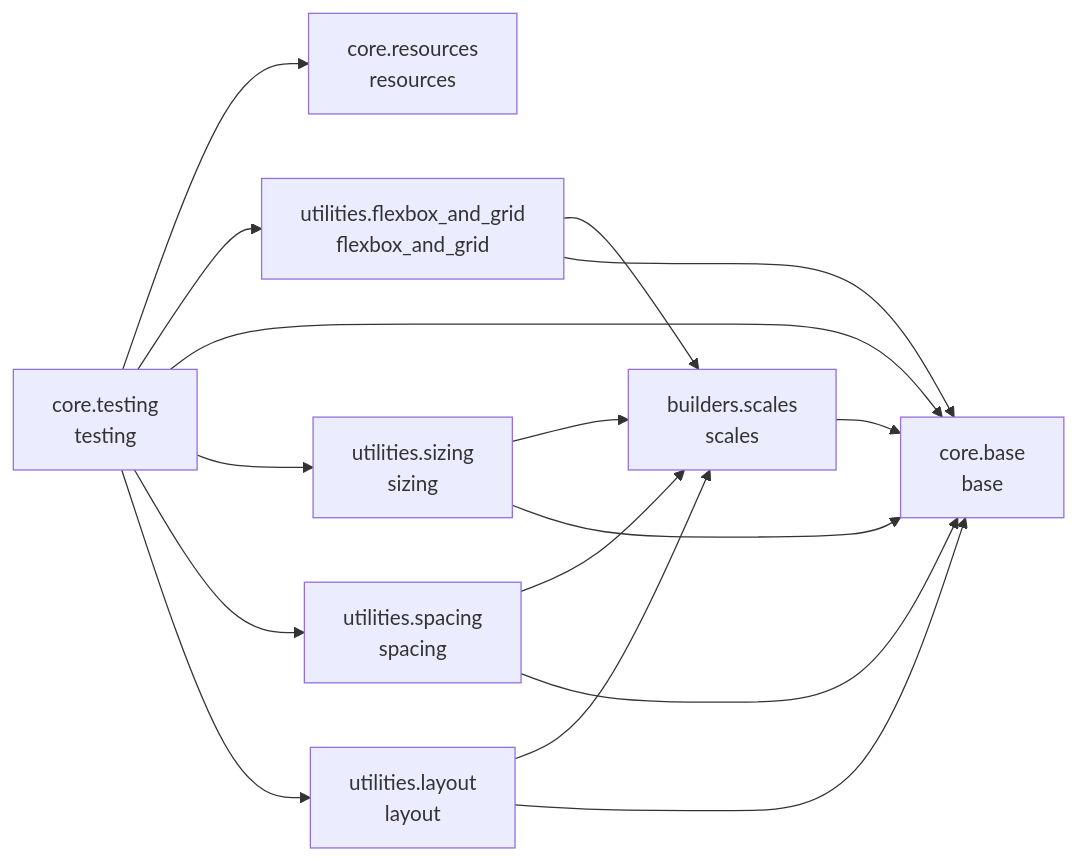
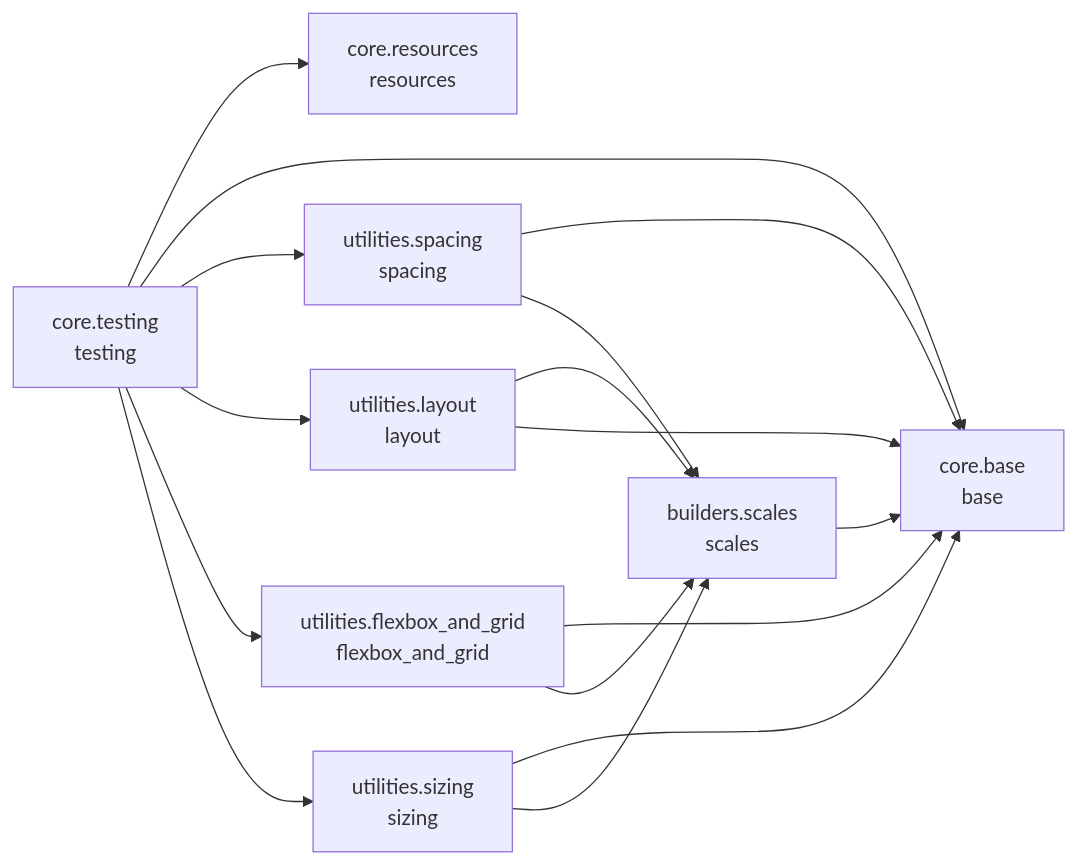
The diagram in README.md (cj-mills/cjm-fasthtml-tailwind), drawn with Mermaid before and after one commit. The commit also changed other lines of this file and 9 other files, not shown here.

````diff
--- a/README.md
+++ b/README.md
@@ -31,27 +31,27 @@
 ``` mermaid
 graph LR
     builders_scales[builders.scales<br/>scales]
     core_base[core.base<br/>base]
     core_resources[core.resources<br/>resources]
     core_testing[core.testing<br/>testing]
     utilities_flexbox_and_grid[utilities.flexbox_and_grid<br/>flexbox_and_grid]
     utilities_layout[utilities.layout<br/>layout]
     utilities_sizing[utilities.sizing<br/>sizing]
     utilities_spacing[utilities.spacing<br/>spacing]
 
     builders_scales --> core_base
     core_testing --> core_resources
-    core_testing --> utilities_flexbox_and_grid
     core_testing --> core_base
-    core_testing --> utilities_sizing
     core_testing --> utilities_spacing
     core_testing --> utilities_layout
+    core_testing --> utilities_flexbox_and_grid
+    core_testing --> utilities_sizing
+    utilities_flexbox_and_grid --> core_base
     utilities_flexbox_and_grid --> builders_scales
-    utilities_flexbox_and_grid --> core_base
     utilities_layout --> builders_scales
     utilities_layout --> core_base
+    utilities_sizing --> core_base
     utilities_sizing --> builders_scales
-    utilities_sizing --> core_base
+    utilities_spacing --> core_base
     utilities_spacing --> builders_scales
-    utilities_spacing --> core_base
 ```
````
